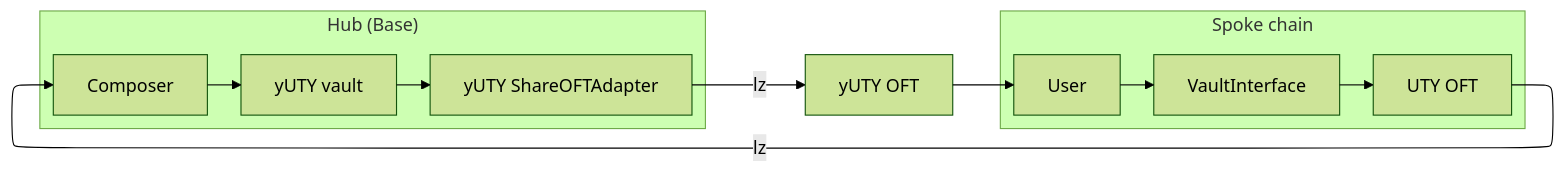
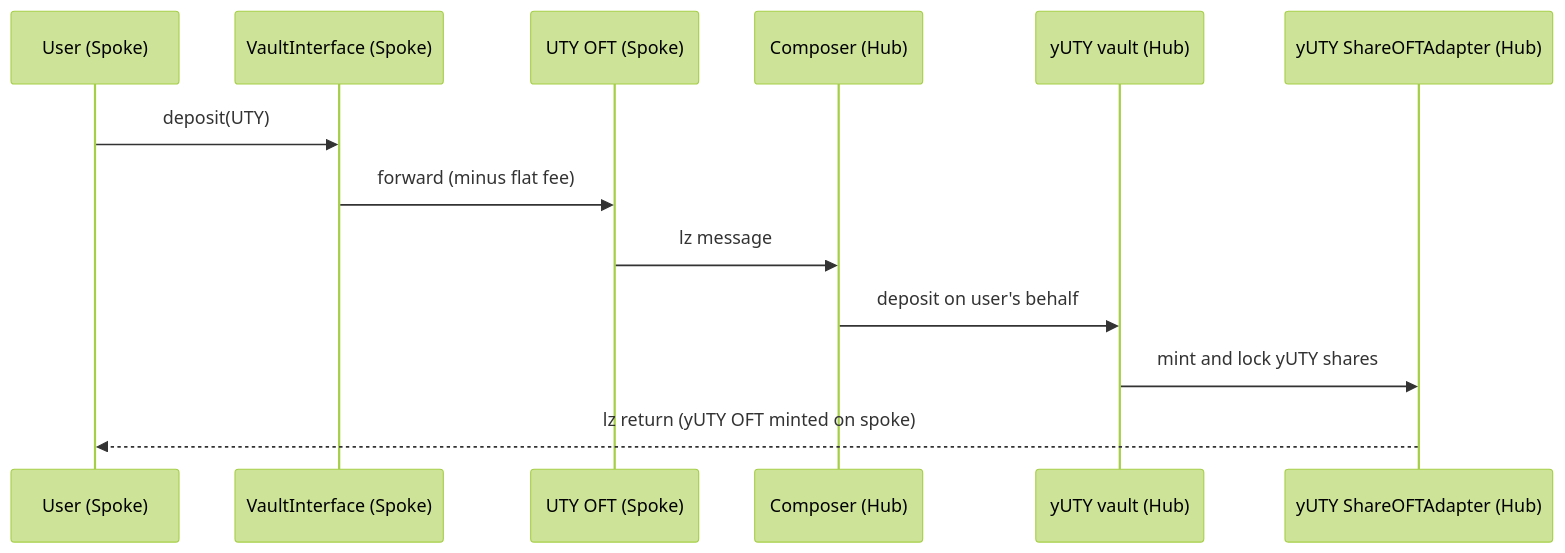
One commit to XSY-Labs/docs changed the second of 6 diagrams in protocol/architecture/flows.mdx. Above: the diagram before and after it, drawn with Mermaid (forest theme). The commit also changed other lines of this file and 8 other files, not shown here.

````diff
--- a/protocol/architecture/flows.mdx
+++ b/protocol/architecture/flows.mdx
@@ -40,15 +40,16 @@
 ```mermaid
-%%{init: {'flowchart': {'defaultRenderer': 'elk'}}}%%
-flowchart LR
-  subgraph Spoke["Spoke chain"]
-    UserSpoke[User] --> VI[VaultInterface]
-    VI --> OFT[UTY OFT]
-  end
-  subgraph Hub["Hub (Base)"]
-    Composer --> yUTYVault[yUTY vault]
-    yUTYVault --> Adapter[yUTY ShareOFTAdapter]
-  end
-  OFT -- lz --> Composer
-  Adapter -- lz --> yUTYSpoke[yUTY OFT]
-  yUTYSpoke --> UserSpoke
+sequenceDiagram
+  participant User as User (Spoke)
+  participant VI as VaultInterface (Spoke)
+  participant OFT as UTY OFT (Spoke)
+  participant Composer as Composer (Hub)
+  participant Vault as yUTY vault (Hub)
+  participant Adapter as yUTY ShareOFTAdapter (Hub)
+
+  User->>VI: deposit(UTY)
+  VI->>OFT: forward (minus flat fee)
+  OFT->>Composer: lz message
+  Composer->>Vault: deposit on user's behalf
+  Vault->>Adapter: mint and lock yUTY shares
+  Adapter-->>User: lz return (yUTY OFT minted on spoke)
 ```
````
